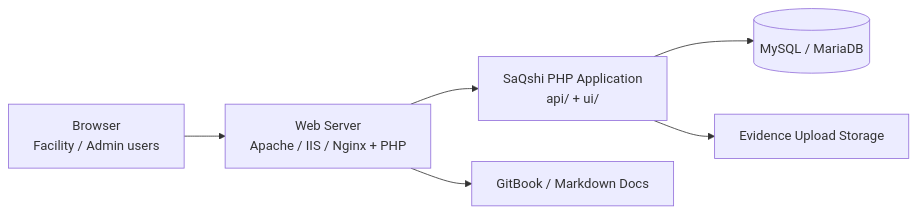
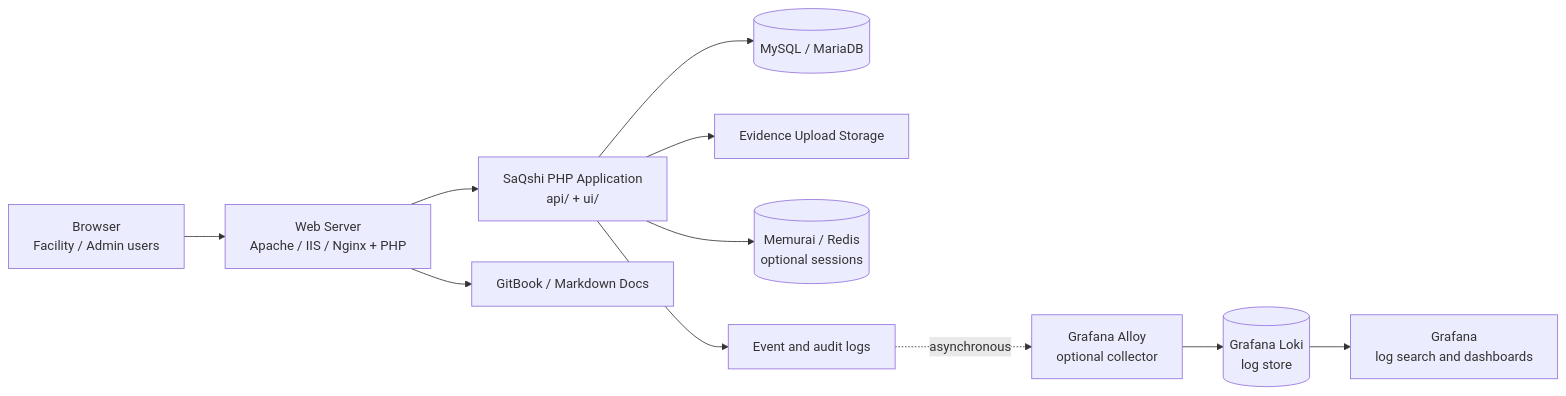
One commit to PSMRI/saQshi_open_source changed the tenth of 10 diagrams in docs/architecture/technical_architecture.md. Above: the diagram before and after it, drawn with Mermaid. The commit also changed other lines of this file and 103 other files, not shown here.

````diff
--- a/docs/architecture/technical_architecture.md
+++ b/docs/architecture/technical_architecture.md
@@ -483,15 +526,25 @@
 ```mermaid
 flowchart LR
     Browser["Browser<br/>Facility / Admin users"]
     Web["Web Server<br/>Apache / IIS / Nginx + PHP"]
     PHP["SaQshi PHP Application<br/>api/ + ui/"]
     DB[("MySQL / MariaDB")]
     Files["Evidence Upload Storage"]
+    Redis[("Memurai / Redis<br/>optional sessions")]
+    Events["Event and audit logs"]
+    Alloy["Grafana Alloy<br/>optional collector"]
+    Loki[("Grafana Loki<br/>log store")]
+    Grafana["Grafana<br/>log search and dashboards"]
     Docs["GitBook / Markdown Docs"]
 
     Browser --> Web
     Web --> PHP
     PHP --> DB
     PHP --> Files
+    PHP --> Redis
+    PHP --> Events
+    Events -. asynchronous .-> Alloy
+    Alloy --> Loki
+    Loki --> Grafana
     Web --> Docs
 ```
````
